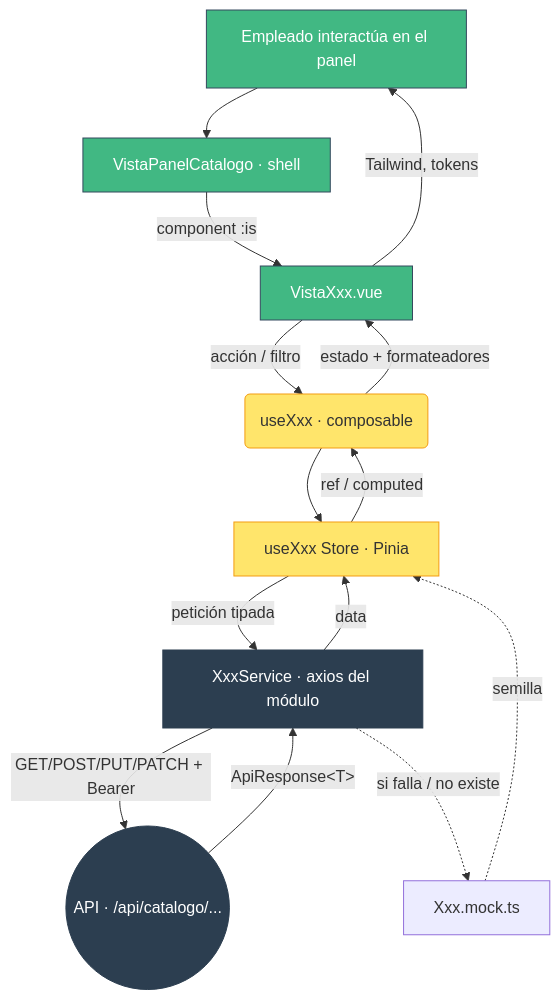
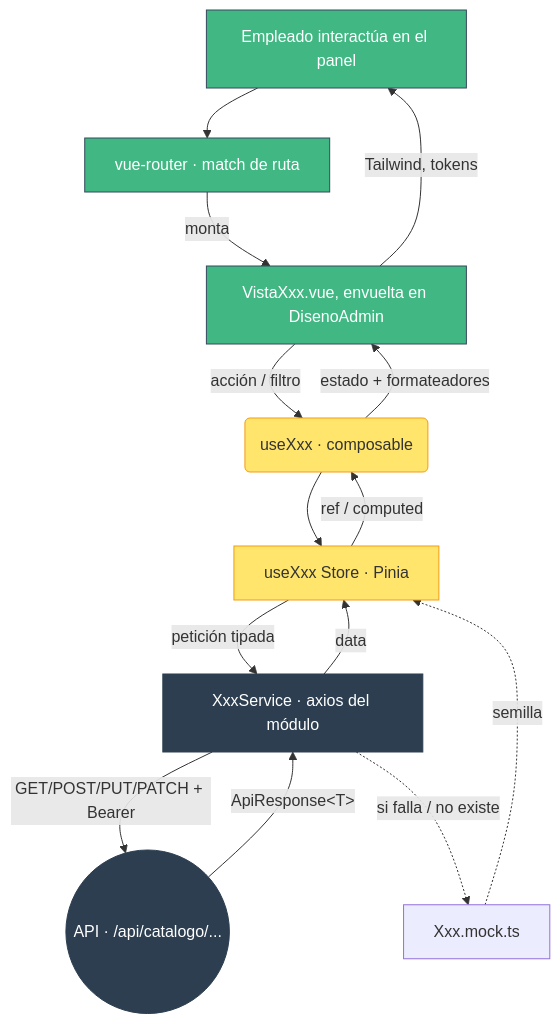
Before and after one commit to pintuclic/pintuclic: the second of 3 diagrams in frontend/src/modules/m01-dashboardcatalogo/ARQUITECTURA.md, drawn with Mermaid. The commit also changed other lines of this file and 8 other files, not shown here.

````diff
--- a/frontend/src/modules/m01-dashboardcatalogo/ARQUITECTURA.md
+++ b/frontend/src/modules/m01-dashboardcatalogo/ARQUITECTURA.md
@@ -100,27 +100,27 @@
 ```mermaid
 graph TD
-    A[Empleado interactúa en el panel] --> S[VistaPanelCatalogo · shell]
-    S -->|component :is| B[VistaXxx.vue]
+    A[Empleado interactúa en el panel] --> S[vue-router · match de ruta]
+    S -->|monta| B[VistaXxx.vue, envuelta en DisenoAdmin]
     B -->|acción / filtro| C(useXxx · composable)
     C --> P[useXxx Store · Pinia]
     P -->|petición tipada| D[XxxService · axios del módulo]
     D -->|GET/POST/PUT/PATCH + Bearer| E((API · /api/catalogo/...))
     E -->|ApiResponse&lt;T&gt;| D
     D -->|data| P
     D -. si falla / no existe .-> M[Xxx.mock.ts]
     M -. semilla .-> P
     P -->|ref / computed| C
     C -->|estado + formateadores| B
     B -->|Tailwind, tokens| A
 
     classDef vue fill:#41b883,stroke:#35495e,color:#fff;
     classDef pinia fill:#ffe56b,stroke:#f39c12,color:#333;
     classDef backend fill:#2c3e50,stroke:#2c3e50,color:#fff;
     A:::vue
     S:::vue
     B:::vue
     C:::pinia
     P:::pinia
     D:::backend
     E:::backend
 ```
````
